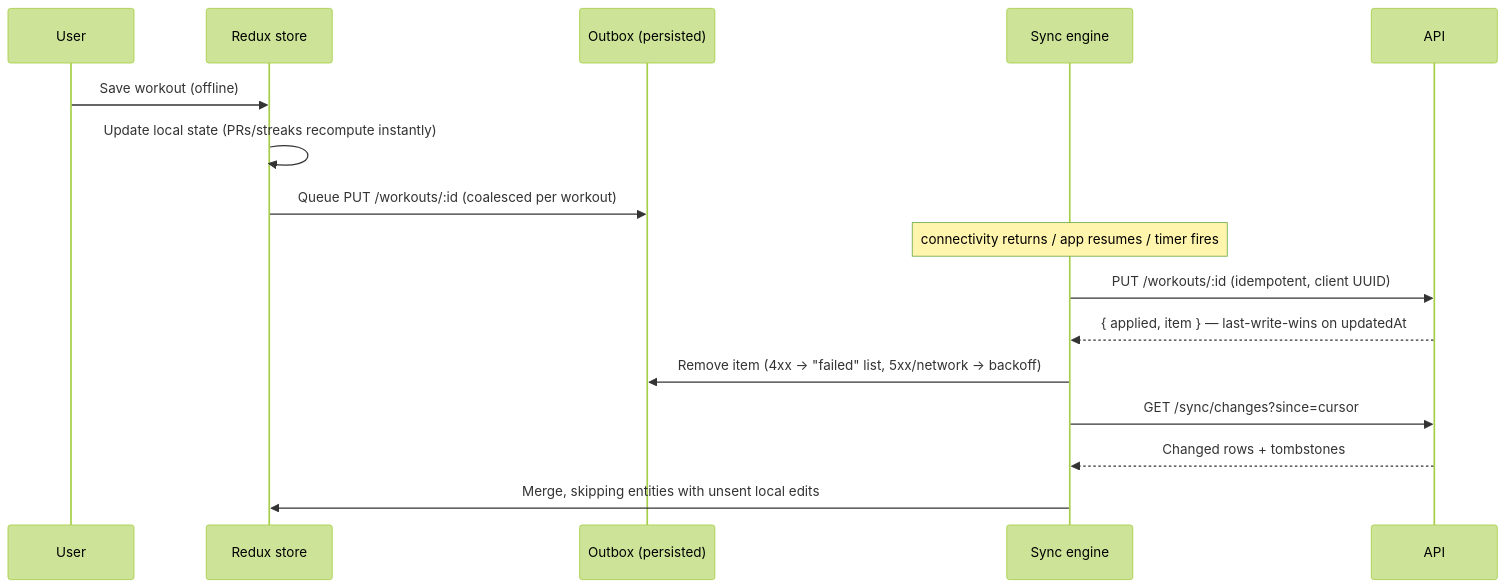
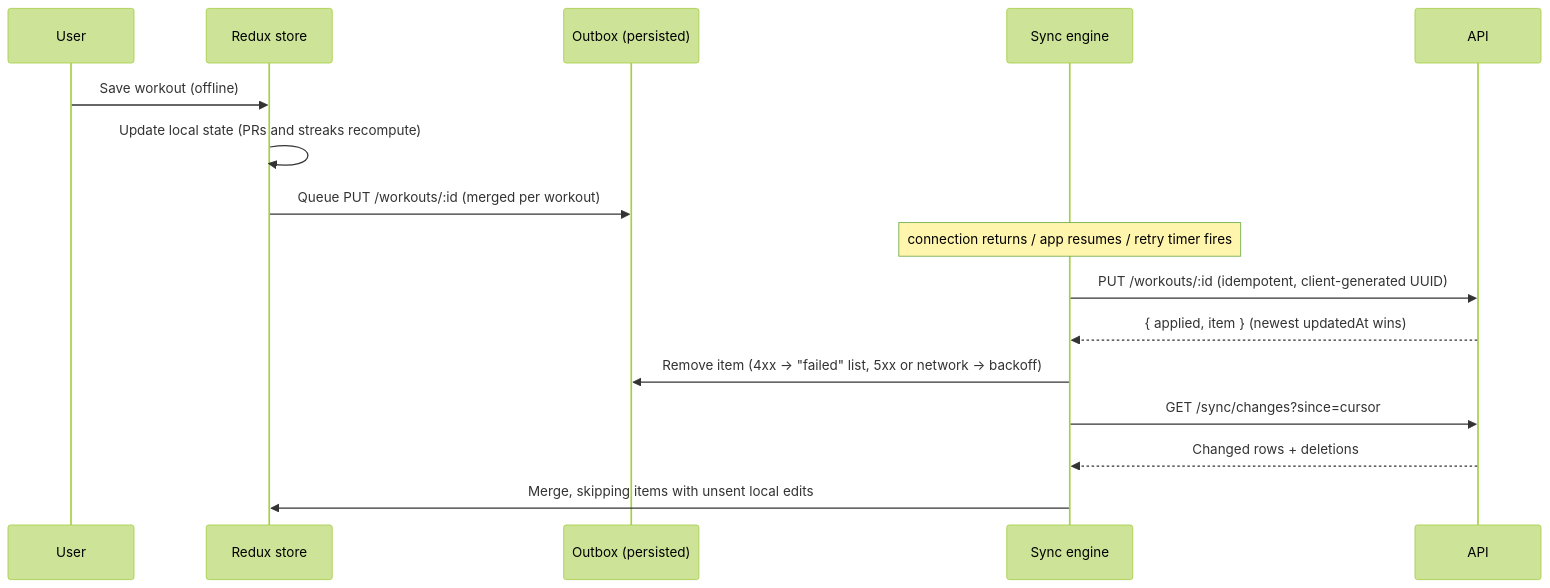
The second of 2 diagrams in README.md (Isaacpyo/FitTrack), drawn with Mermaid (forest theme) before and after one commit. The commit also changed other lines of this file and 2 other files, not shown here.

````diff
--- a/README.md
+++ b/README.md
@@ -72,18 +89,18 @@
 ```mermaid
 sequenceDiagram
   participant U as User
   participant S as Redux store
   participant O as Outbox (persisted)
   participant E as Sync engine
   participant A as API
   U->>S: Save workout (offline)
-  S->>S: Update local state (PRs/streaks recompute instantly)
-  S->>O: Queue PUT /workouts/:id (coalesced per workout)
-  Note over E: connectivity returns / app resumes / timer fires
-  E->>A: PUT /workouts/:id (idempotent, client UUID)
-  A-->>E: { applied, item } — last-write-wins on updatedAt
-  E->>O: Remove item (4xx → "failed" list, 5xx/network → backoff)
+  S->>S: Update local state (PRs and streaks recompute)
+  S->>O: Queue PUT /workouts/:id (merged per workout)
+  Note over E: connection returns / app resumes / retry timer fires
+  E->>A: PUT /workouts/:id (idempotent, client-generated UUID)
+  A-->>E: { applied, item } (newest updatedAt wins)
+  E->>O: Remove item (4xx → "failed" list, 5xx or network → backoff)
   E->>A: GET /sync/changes?since=cursor
-  A-->>E: Changed rows + tombstones
-  E->>S: Merge, skipping entities with unsent local edits
+  A-->>E: Changed rows + deletions
+  E->>S: Merge, skipping items with unsent local edits
 ```
````
